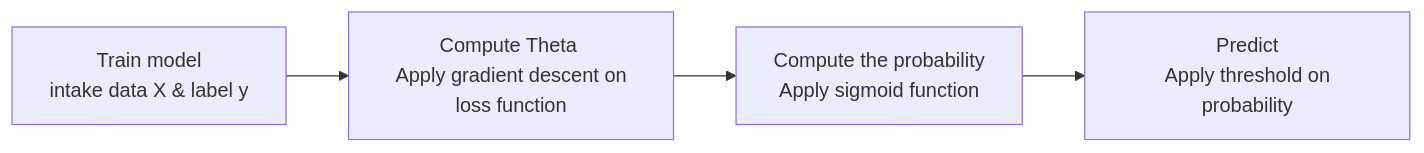
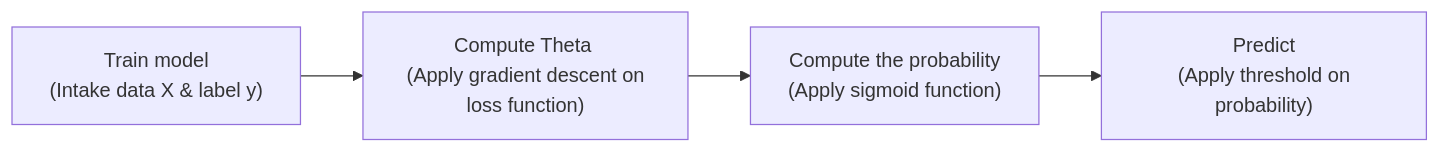
One commit to AlexDaPiggie/Logistic_Regression_From_Scratch changed the second of 2 diagrams in README.md. Above: the diagram before and after it, drawn with Mermaid.

Commit message:
udpate readme

````diff
--- a/README.md
+++ b/README.md
@@ -58,9 +58,9 @@
 ```mermaid 
 flowchart LR
-    train["Train model <br/> intake data X & label y"] 
-    grad["Compute Theta <br/> Apply gradient descent on loss function"]
-    proba["Compute the probability <br/> Apply sigmoid function"]
-    predict["Predict<br/> Apply threshold on probability"]
+    train["Train model <br/> (Intake data X & label y)"] 
+    grad["Compute Theta <br/> (Apply gradient descent on loss function)"]
+    proba["Compute the probability <br/> (Apply sigmoid function)"]
+    predict["Predict<br/> (Apply threshold on probability)"]
     
     train --> grad --> proba --> predict 
 ```
````
